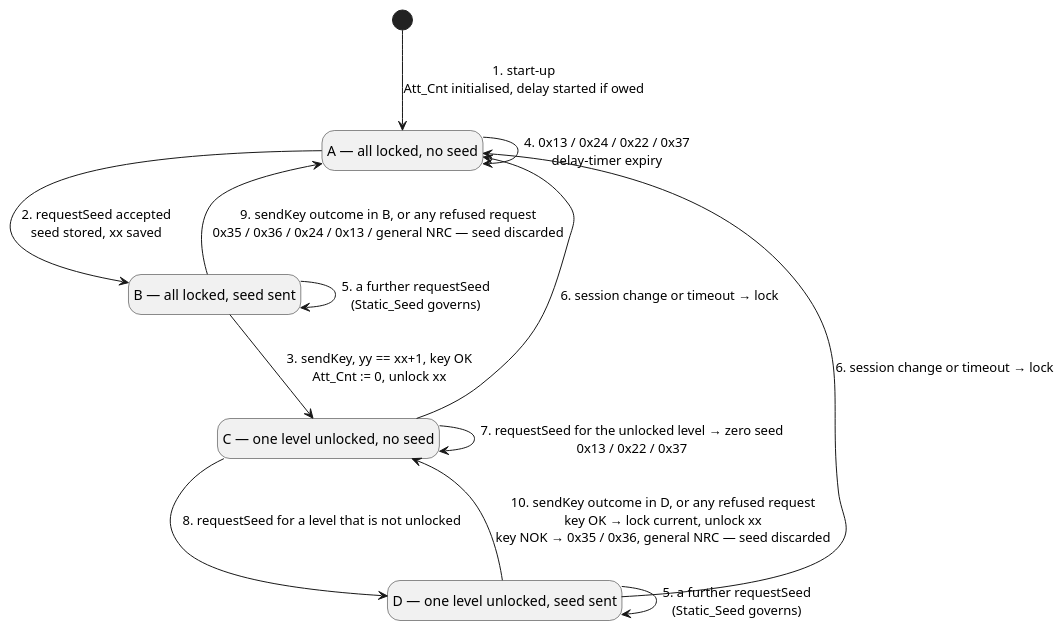
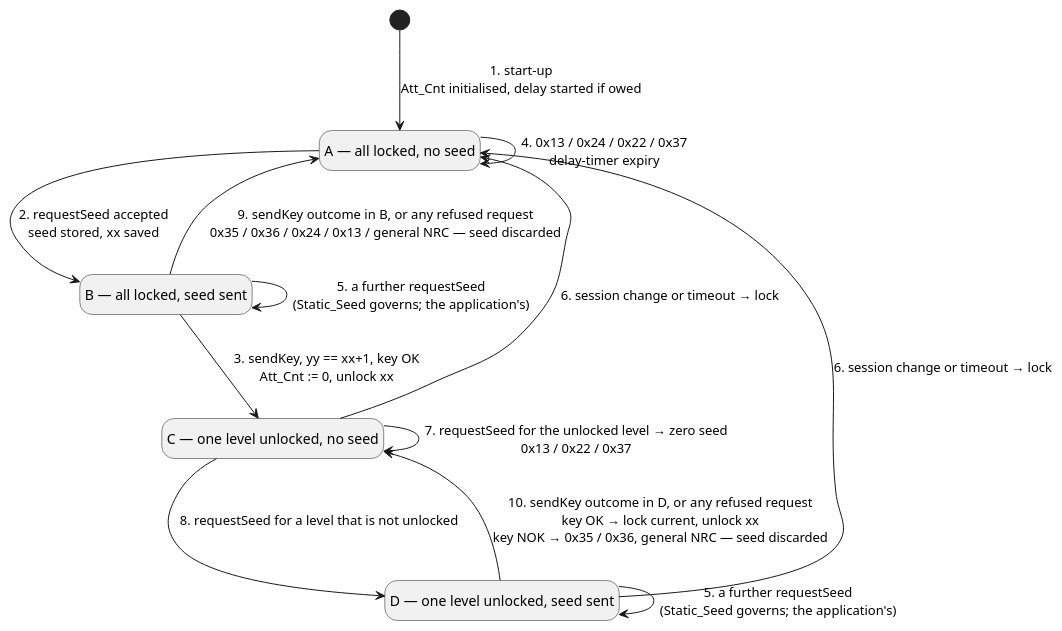
Before and after one commit to luminartech/uds_stack: the third of 4 diagrams in docs/architecture/service-traits.rst, drawn with PlantUML. The commit also changed other lines of this file and 4 other files, not shown here.

First line of the commit message:
feat(uds_services)!: the static-seed policy is seed()'s contract, not a field read nowhere

```diff
--- a/docs/architecture/service-traits.rst
+++ b/docs/architecture/service-traits.rst
@@ -443,25 +443,25 @@
    .. uml::
       :align: center
       :caption: Annex I's four states. Labels name the code this crate settles with; the
                 application is consulted only for a seed and a verdict on a key.
 
       @startuml
       hide empty description
       state "A — all locked, no seed" as A
       state "B — all locked, seed sent" as B
       state "C — one level unlocked, no seed" as C
       state "D — one level unlocked, seed sent" as D
 
       [*] --> A : 1. start-up\nAtt_Cnt initialised, delay started if owed
       A --> B : 2. requestSeed accepted\nseed stored, xx saved
       B --> C : 3. sendKey, yy == xx+1, key OK\nAtt_Cnt := 0, unlock xx
       A --> A : 4. 0x13 / 0x24 / 0x22 / 0x37\ndelay-timer expiry
-      B --> B : 5. a further requestSeed\n(Static_Seed governs)
-      D --> D : 5. a further requestSeed\n(Static_Seed governs)
+      B --> B : 5. a further requestSeed\n(Static_Seed governs; the application's)
+      D --> D : 5. a further requestSeed\n(Static_Seed governs; the application's)
       C --> A : 6. session change or timeout → lock
       D --> A : 6. session change or timeout → lock
       C --> C : 7. requestSeed for the unlocked level → zero seed\n0x13 / 0x22 / 0x37
       C --> D : 8. requestSeed for a level that is not unlocked
       B --> A : 9. sendKey outcome in B, or any refused request\n0x35 / 0x36 / 0x24 / 0x13 / general NRC — seed discarded
       D --> C : 10. sendKey outcome in D, or any refused request\nkey OK → lock current, unlock xx\nkey NOK → 0x35 / 0x36, general NRC — seed discarded
       @enduml
```
